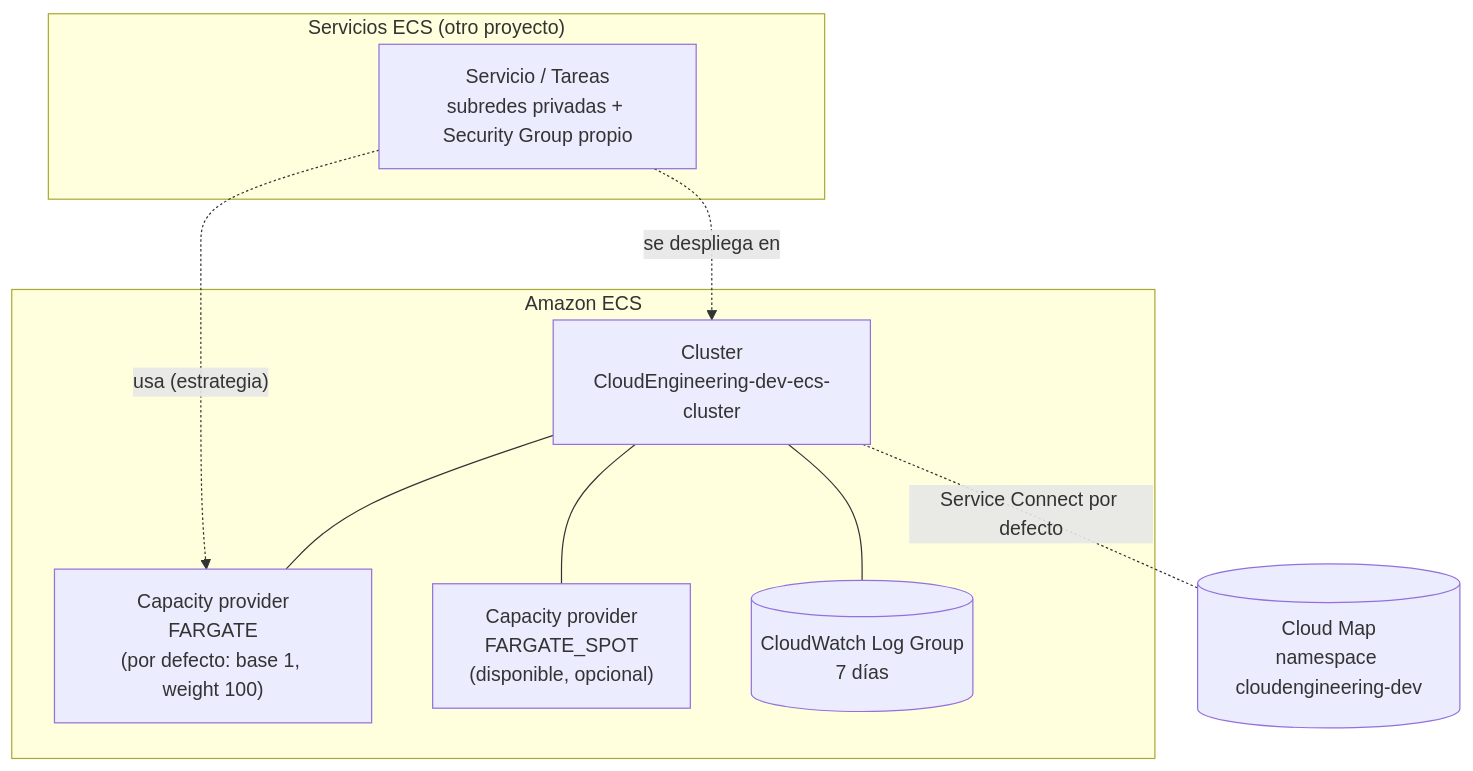
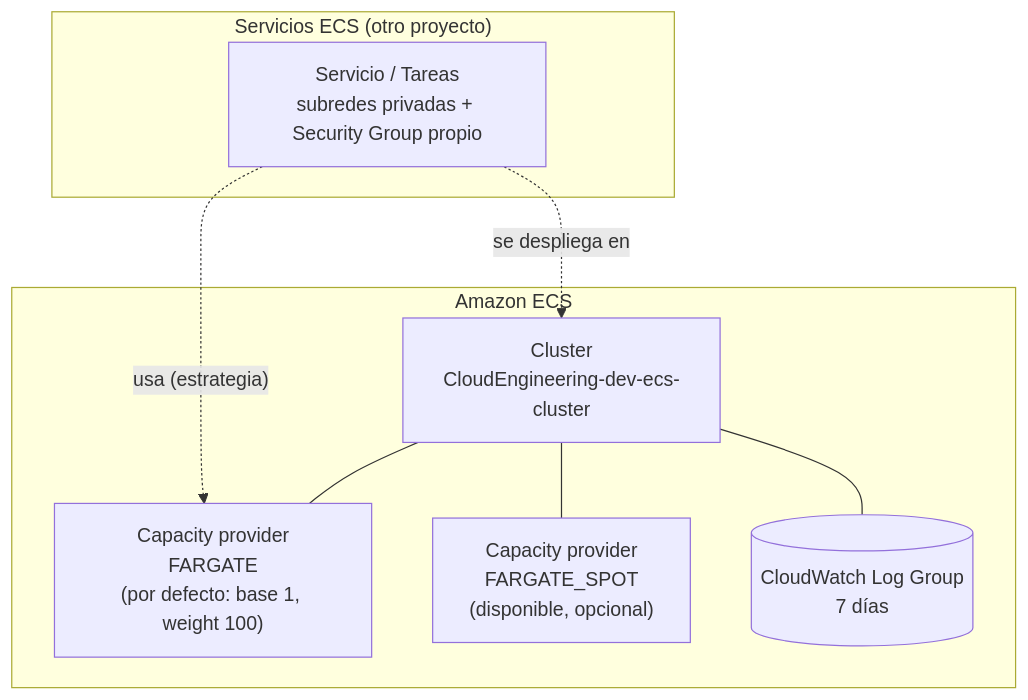
One commit to adrianjsosag/ECS-Tests changed the diagram in Terraform/ECS-cluster-module/README.md. Above: the diagram before and after it, drawn with Mermaid. The commit also changed other lines of this file and 27 other files, not shown here.

````diff
--- a/Terraform/ECS-cluster-module/README.md
+++ b/Terraform/ECS-cluster-module/README.md
@@ -76,21 +75,19 @@
 ```mermaid
 flowchart TB
     subgraph ecs["Amazon ECS"]
         cluster["Cluster<br/>CloudEngineering-dev-ecs-cluster"]
         fg["Capacity provider<br/>FARGATE<br/>(por defecto: base 1, weight 100)"]
         fgs["Capacity provider<br/>FARGATE_SPOT<br/>(disponible, opcional)"]
         logs[("CloudWatch Log Group<br/>7 días")]
     end
-    ns[("Cloud Map<br/>namespace cloudengineering-dev")]
 
     subgraph svcs["Servicios ECS (otro proyecto)"]
         svc["Servicio / Tareas<br/>subredes privadas + Security Group propio"]
     end
 
     cluster --- fg
     cluster --- fgs
     cluster --- logs
-    cluster -. "Service Connect por defecto" .- ns
     svc -. "se despliega en" .-> cluster
     svc -. "usa (estrategia)" .-> fg
 ```
````
